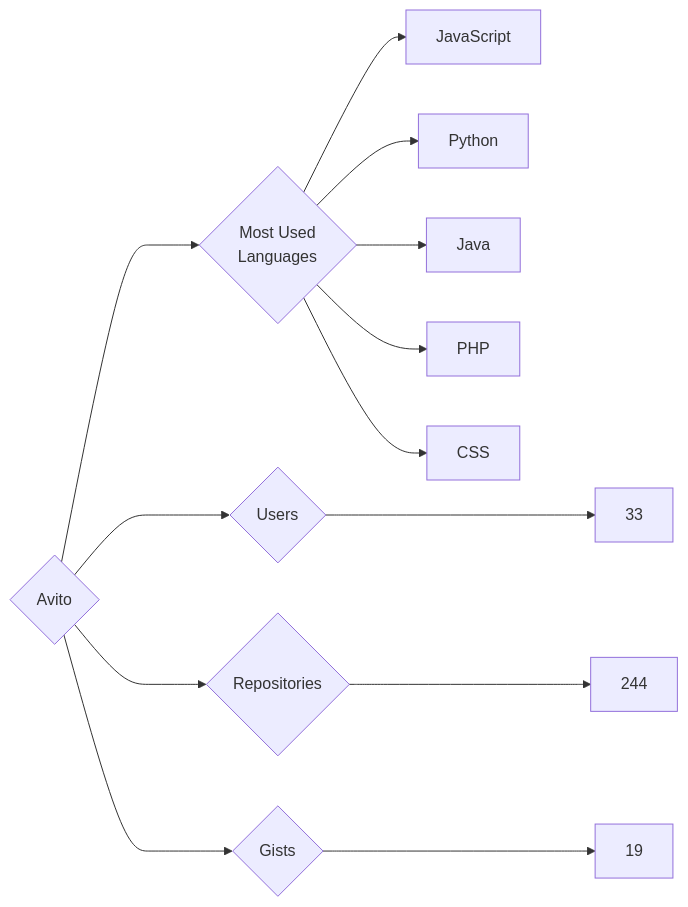
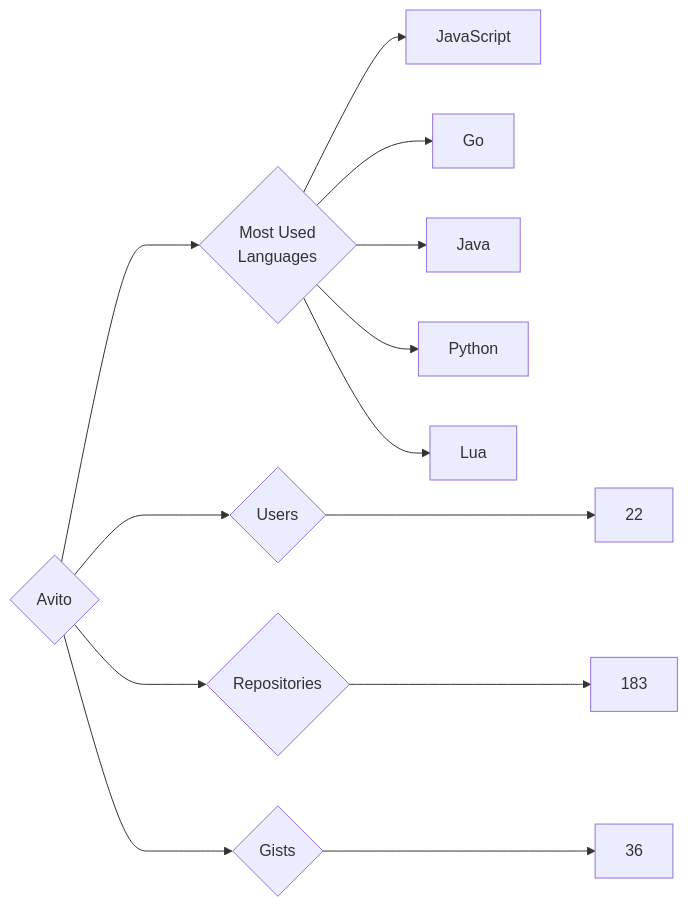
One commit to trickest/insiders changed the diagram in targets/Avito/README.md. Above: the diagram before and after it, drawn with Mermaid. The commit also changed 899 other files, not shown here.

````diff
--- a/targets/Avito/README.md
+++ b/targets/Avito/README.md
@@ -3,13 +3,13 @@
 ```mermaid
 graph LR
 COMPANY_NAME{Avito}
-COMPANY_NAME ---> U{Users} ---> UN[33]
-COMPANY_NAME ---> R{Repositories} ---> RN[244]
-COMPANY_NAME ---> G{Gists} ---> GN[19]
+COMPANY_NAME ---> U{Users} ---> UN[22]
+COMPANY_NAME ---> R{Repositories} ---> RN[183]
+COMPANY_NAME ---> G{Gists} ---> GN[36]
 COMPANY_NAME ---> ML{Most Used<br>Languages}
 ML --> JavaScript[JavaScript]
+ML --> Go[Go]
+ML --> Java[Java]
 ML --> Python[Python]
-ML --> Java[Java]
-ML --> PHP[PHP]
-ML --> CSS[CSS]
+ML --> Lua[Lua]
 ```
````
